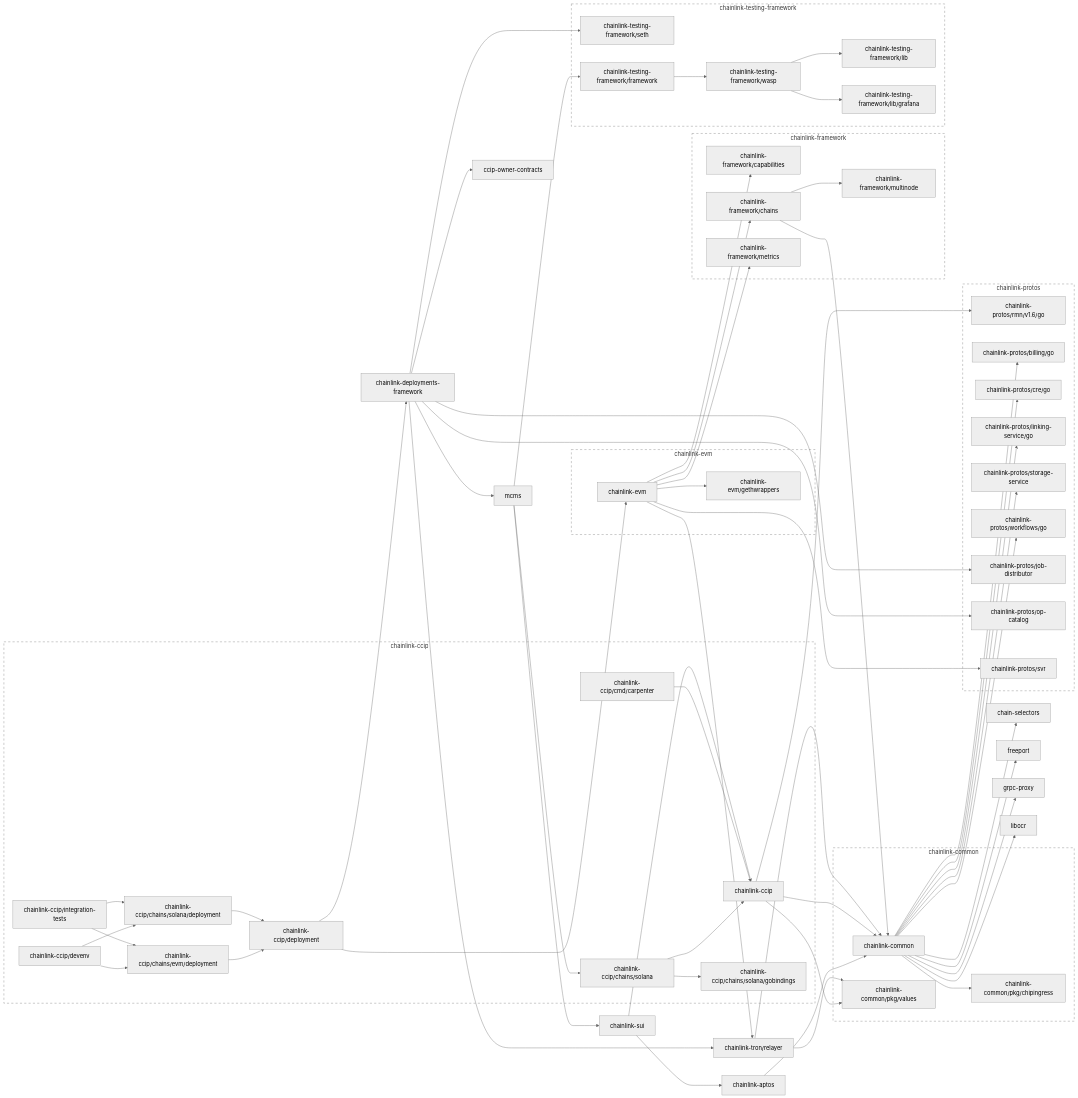
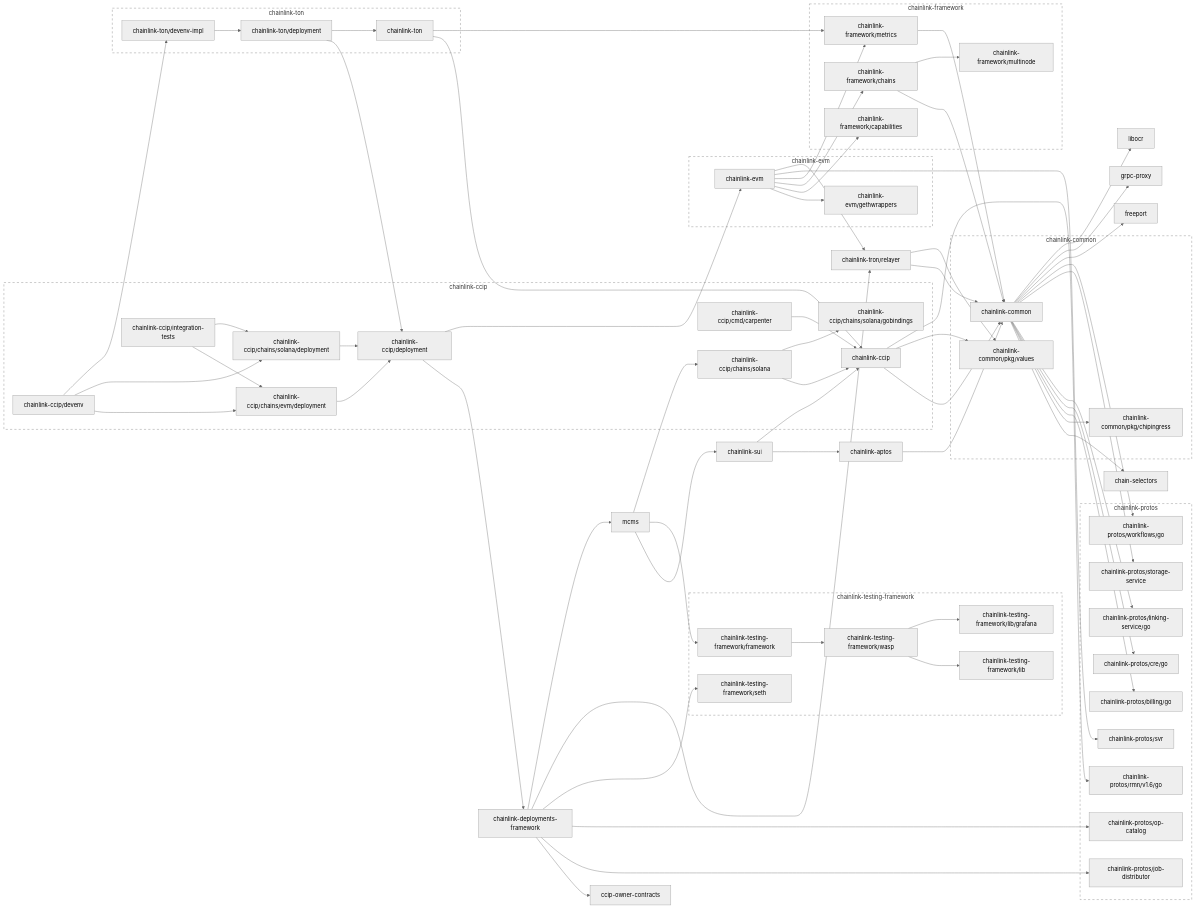
Before and after one commit to smartcontractkit/chainlink-ccip: the second of 2 diagrams in go.md, drawn with Mermaid (neutral theme). The commit also changed 1 other file, not shown here.

Commit message:
make generate

````diff
--- a/go.md
+++ b/go.md
@@ -85,6 +85,7 @@
 	click chainlink-ccip/deployment href "https://github.com/smartcontractkit/chainlink-ccip"
 	chainlink-ccip/devenv --> chainlink-ccip/chains/evm/deployment
 	chainlink-ccip/devenv --> chainlink-ccip/chains/solana/deployment
+	chainlink-ccip/devenv --> chainlink-ton/devenv-impl
 	click chainlink-ccip/devenv href "https://github.com/smartcontractkit/chainlink-ccip"
 	chainlink-ccip/integration-tests --> chainlink-ccip/chains/evm/deployment
 	chainlink-ccip/integration-tests --> chainlink-ccip/chains/solana/deployment
@@ -125,7 +126,7 @@
 	chainlink-framework/chains --> chainlink-common
 	chainlink-framework/chains --> chainlink-framework/multinode
 	click chainlink-framework/chains href "https://github.com/smartcontractkit/chainlink-framework"
-	chainlink-framework/metrics
+	chainlink-framework/metrics --> chainlink-common
 	click chainlink-framework/metrics href "https://github.com/smartcontractkit/chainlink-framework"
 	chainlink-framework/multinode
 	click chainlink-framework/multinode href "https://github.com/smartcontractkit/chainlink-framework"
@@ -161,6 +162,14 @@
 	chainlink-testing-framework/wasp --> chainlink-testing-framework/lib
 	chainlink-testing-framework/wasp --> chainlink-testing-framework/lib/grafana
 	click chainlink-testing-framework/wasp href "https://github.com/smartcontractkit/chainlink-testing-framework"
+	chainlink-ton --> chainlink-ccip
+	chainlink-ton --> chainlink-framework/metrics
+	click chainlink-ton href "https://github.com/smartcontractkit/chainlink-ton"
+	chainlink-ton/deployment --> chainlink-ccip/deployment
+	chainlink-ton/deployment --> chainlink-ton
+	click chainlink-ton/deployment href "https://github.com/smartcontractkit/chainlink-ton"
+	chainlink-ton/devenv-impl --> chainlink-ton/deployment
+	click chainlink-ton/devenv-impl href "https://github.com/smartcontractkit/chainlink-ton"
 	chainlink-tron/relayer --> chainlink-common
 	chainlink-tron/relayer --> chainlink-common/pkg/values
 	click chainlink-tron/relayer href "https://github.com/smartcontractkit/chainlink-tron"
@@ -231,6 +240,13 @@
 	end
 	click chainlink-testing-framework-repo href "https://github.com/smartcontractkit/chainlink-testing-framework"
 
+	subgraph chainlink-ton-repo[chainlink-ton]
+		 chainlink-ton
+		 chainlink-ton/deployment
+		 chainlink-ton/devenv-impl
+	end
+	click chainlink-ton-repo href "https://github.com/smartcontractkit/chainlink-ton"
+
 	classDef outline stroke-dasharray:6,fill:none;
-	class chainlink-ccip-repo,chainlink-common-repo,chainlink-evm-repo,chainlink-framework-repo,chainlink-protos-repo,chainlink-testing-framework-repo outline
+	class chainlink-ccip-repo,chainlink-common-repo,chainlink-evm-repo,chainlink-framework-repo,chainlink-protos-repo,chainlink-testing-framework-repo,chainlink-ton-repo outline
 ```
````
